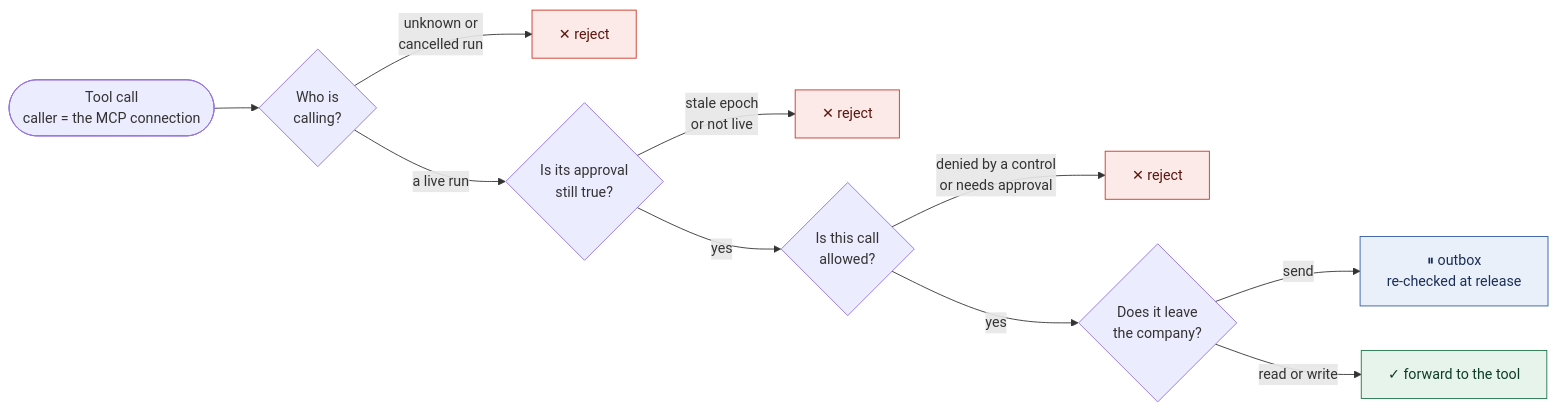
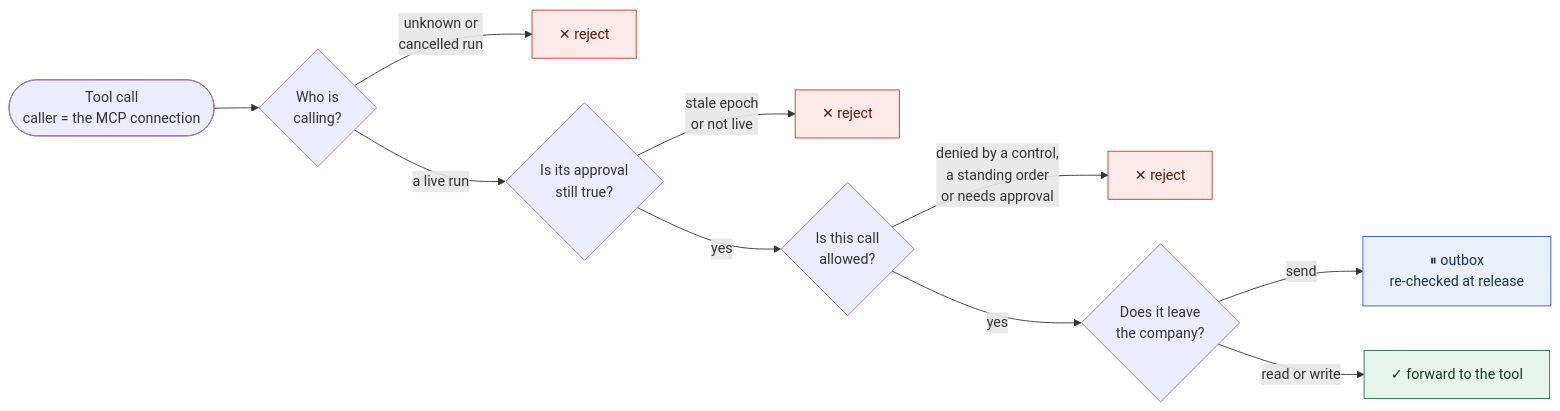
The third of 7 diagrams in README.md (ishaans04/SENTRA), drawn with Mermaid before and after one commit. The commit also changed other lines of this file and 5 other files, not shown here.

````diff
--- a/README.md
+++ b/README.md
@@ -203,19 +210,19 @@
 ```mermaid
 flowchart LR
     CALL(["Tool call<br/>caller = the MCP connection"]) --> Q1{"Who is<br/>calling?"}
     Q1 -- "unknown or<br/>cancelled run" --> R1["✕ reject"]
     Q1 -- "a live run" --> Q2{"Is its approval<br/>still true?"}
     Q2 -- "stale epoch<br/>or not live" --> R2["✕ reject"]
     Q2 -- "yes" --> Q3{"Is this call<br/>allowed?"}
-    Q3 -- "denied by a control<br/>or needs approval" --> R3["✕ reject"]
+    Q3 -- "denied by a control,<br/>a standing order<br/>or needs approval" --> R3["✕ reject"]
     Q3 -- "yes" --> Q4{"Does it leave<br/>the company?"}
     Q4 -- "send" --> OB["⏸ outbox<br/>re-checked at release"]
     Q4 -- "read or write" --> FW["✓ forward to the tool"]
 
     classDef no fill:#FBEAE7,stroke:#CC3526,color:#5A160F
     classDef hold fill:#EAF0FA,stroke:#335AA6,color:#1B2F57
     classDef yes fill:#E6F4EC,stroke:#1E7546,color:#0F3D24
     class R1,R2,R3 no
     class OB hold
     class FW yes
 ```
````
